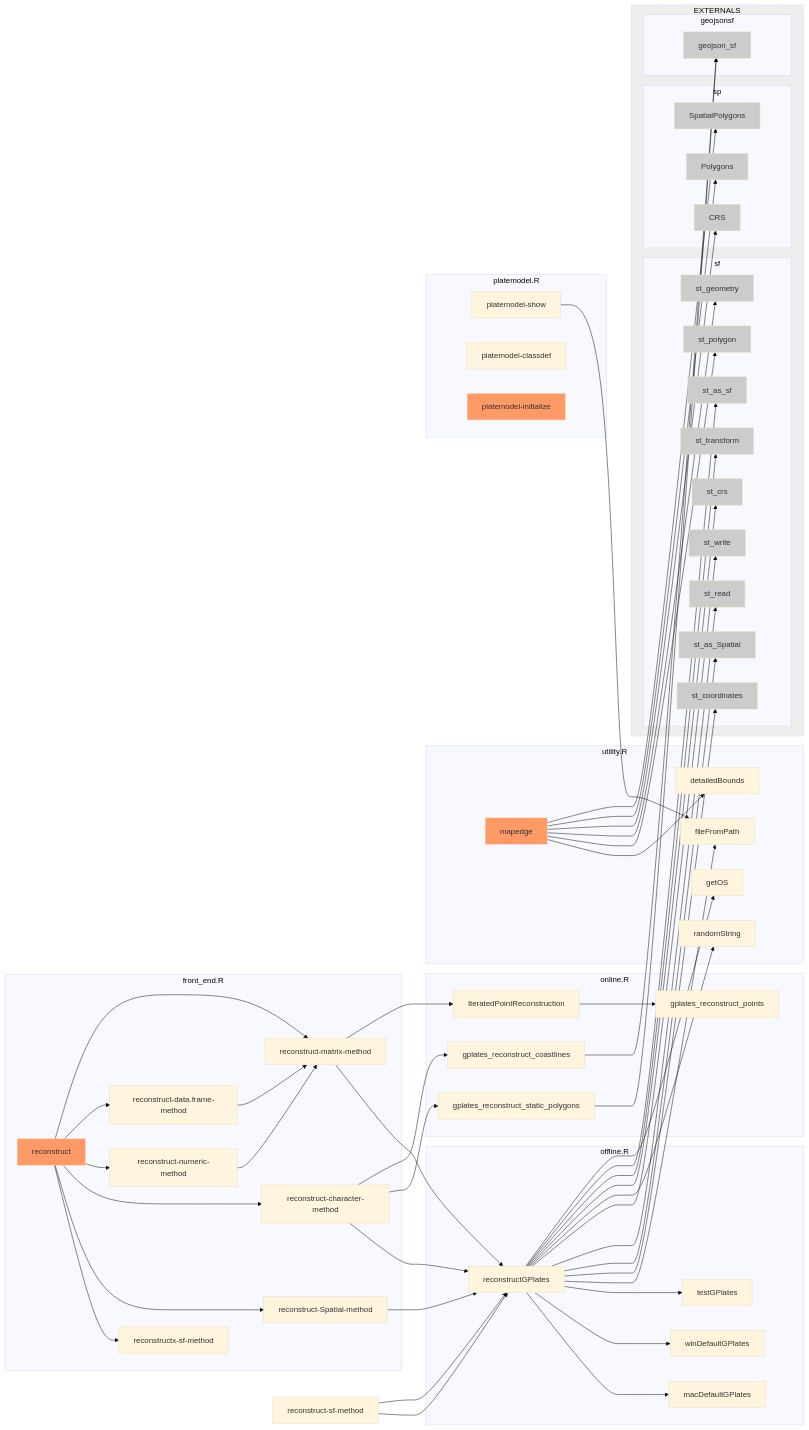
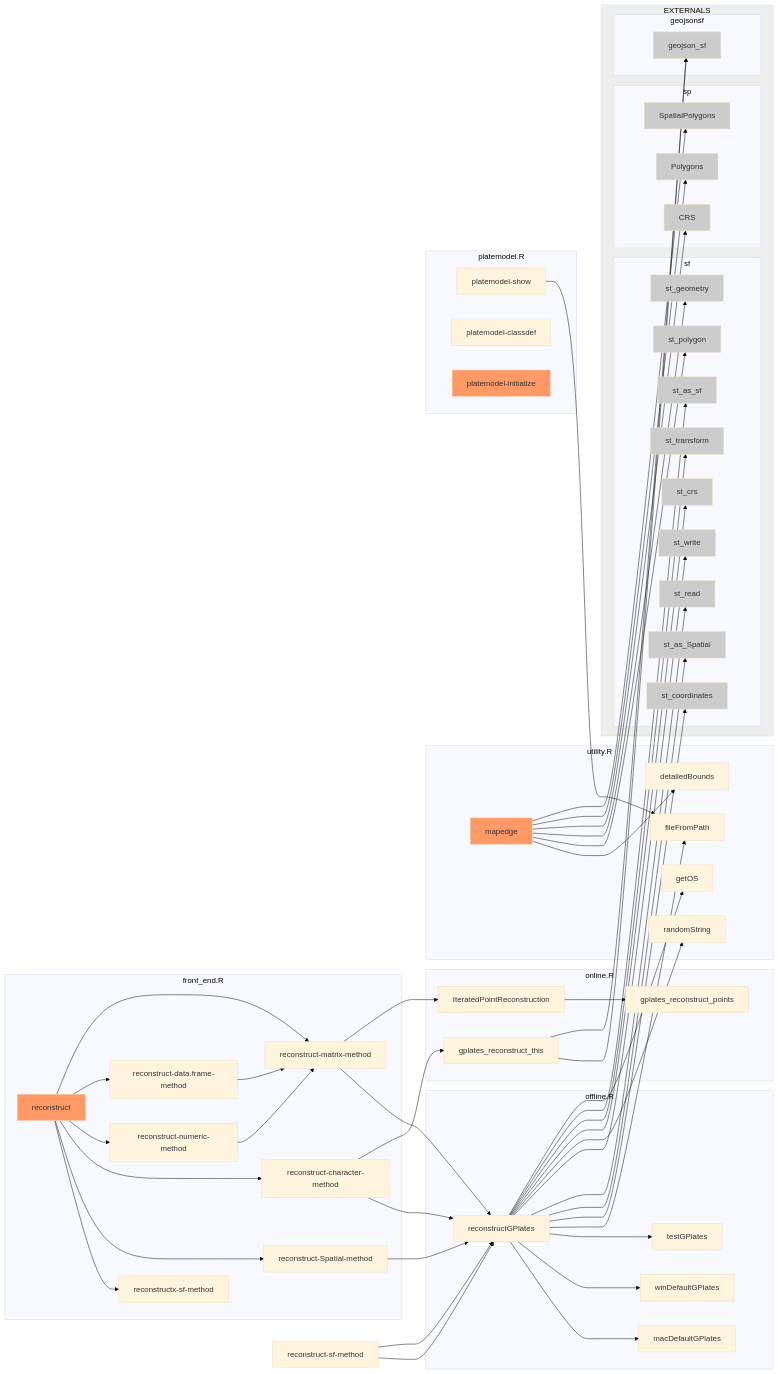
Before and after one commit to GPlates/rgplates: the diagram in vignettes/internals.Rmd, drawn with Mermaid (base theme). The commit also changed 35 other files, not shown here.

```diff
--- a/vignettes/internals.Rmd
+++ b/vignettes/internals.Rmd
@@ -44,8 +44,7 @@
   reconstruct-matrix-method-->IteratedPointReconstruction
   reconstruct-matrix-method-->reconstructGPlates
   reconstruct-sf-method-->reconstructGPlates
-  reconstruct-character-method-->gplates_reconstruct_coastlines
-  reconstruct-character-method-->gplates_reconstruct_static_polygons
+  reconstruct-character-method-->gplates_reconstruct_this
   reconstruct-character-method-->reconstructGPlates
   reconstruct-Spatial-method-->reconstructGPlates
   reconstruct-sf-method-->reconstructGPlates
@@ -84,13 +83,13 @@
   
   end
 
-  gplates_reconstruct_coastlines-->geojson_sf
-  gplates_reconstruct_static_polygons-->geojson_sf
+  gplates_reconstruct_this-->geojson_sf
+  gplates_reconstruct_this-->geojson_sf
 
   subgraph online.R
 
-  gplates_reconstruct_static_polygons
-  gplates_reconstruct_coastlines
+  gplates_reconstruct_this
+  gplates_reconstruct_this
   IteratedPointReconstruction-->gplates_reconstruct_points
   gplates_reconstruct_points
 
```
